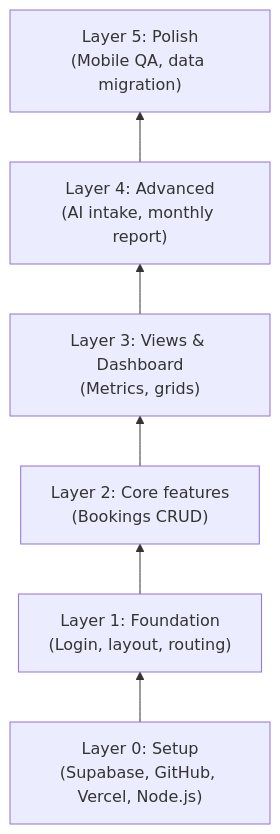
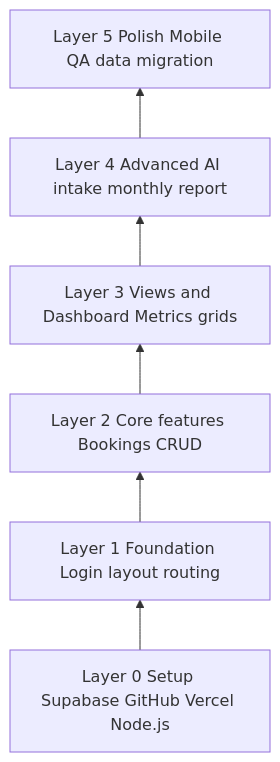
One commit to wongjinar-ai/expample changed the first of 6 diagrams in learning/04-project-management.md. Above: the diagram before and after it, drawn with Mermaid. The commit also changed other lines of this file and 16 other files, not shown here.

````diff
--- a/learning/04-project-management.md
+++ b/learning/04-project-management.md
@@ -18,11 +18,11 @@
 ```mermaid
-graph BT
-    L0["Layer 0: Setup\n(Supabase, GitHub, Vercel, Node.js)"]
-    L1["Layer 1: Foundation\n(Login, layout, routing)"]
-    L2["Layer 2: Core features\n(Bookings CRUD)"]
-    L3["Layer 3: Views & Dashboard\n(Metrics, grids)"]
-    L4["Layer 4: Advanced\n(AI intake, monthly report)"]
-    L5["Layer 5: Polish\n(Mobile QA, data migration)"]
+flowchart BT
+    L0[Layer 0 Setup Supabase GitHub Vercel Node.js]
+    L1[Layer 1 Foundation Login layout routing]
+    L2[Layer 2 Core features Bookings CRUD]
+    L3[Layer 3 Views and Dashboard Metrics grids]
+    L4[Layer 4 Advanced AI intake monthly report]
+    L5[Layer 5 Polish Mobile QA data migration]
 
     L0 --> L1 --> L2 --> L3 --> L4 --> L5
 ```
````
